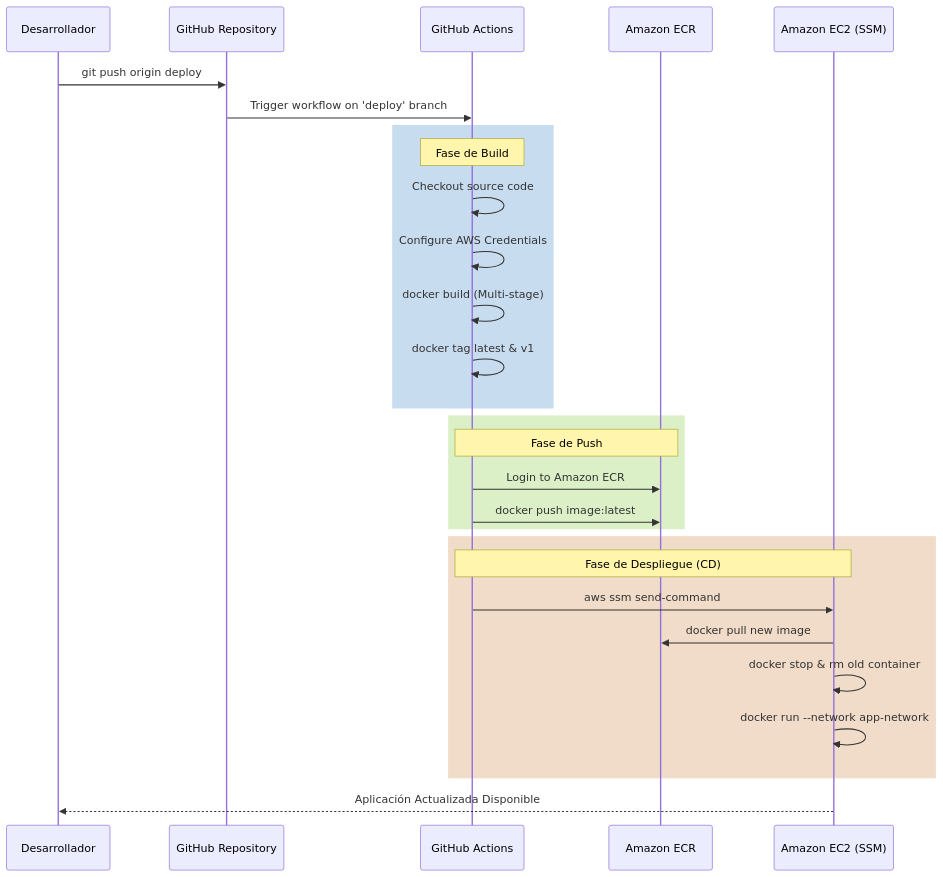
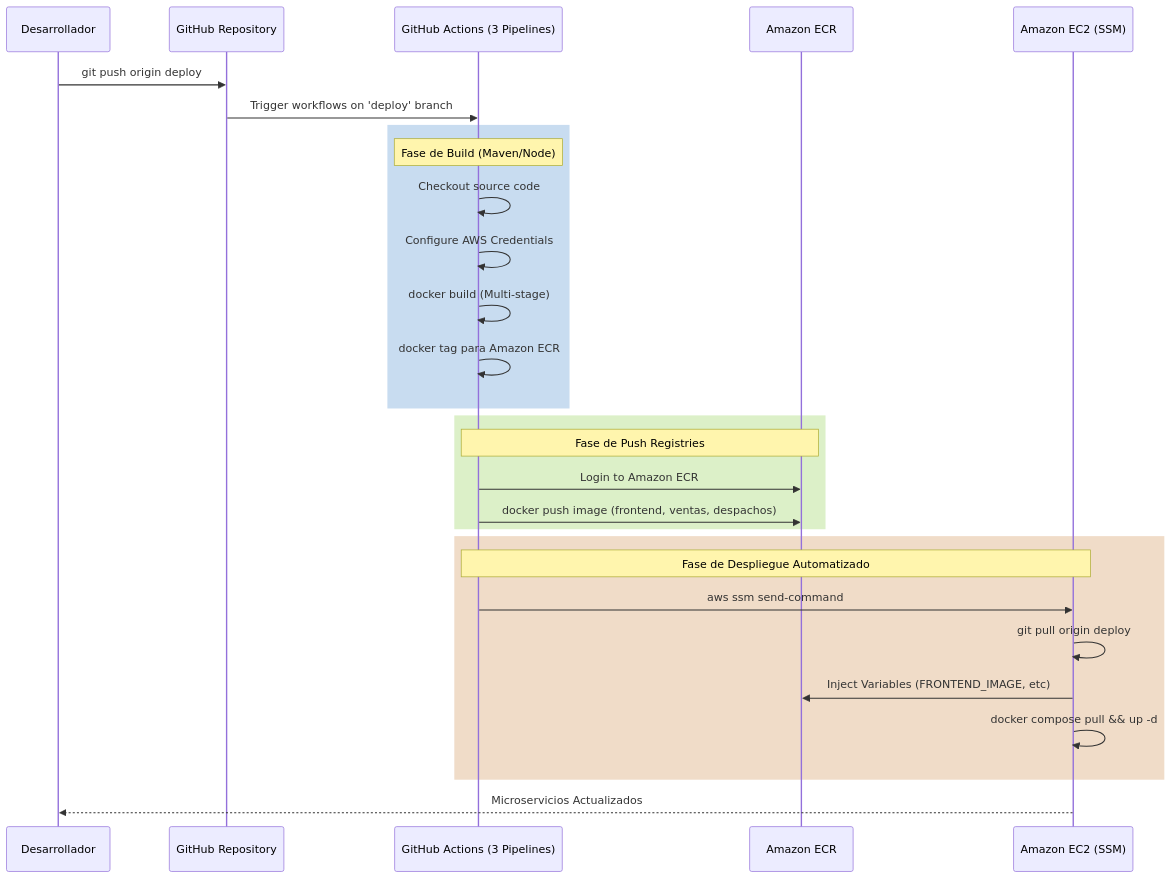
One commit to jeffplop/test_aws_grav changed the diagram in Entrega-Final-EP2/evidencias/diagramas/2-flujo-cicd.mmd. Above: the diagram before and after it, drawn with Mermaid. The commit also changed 9 other files, not shown here.

Commit message:
docs: actualizar diagramas mermaid y png a 4 microservicios java

```diff
--- a/Entrega-Final-EP2/evidencias/diagramas/2-flujo-cicd.mmd
+++ b/Entrega-Final-EP2/evidencias/diagramas/2-flujo-cicd.mmd
@@ -1,33 +1,33 @@
 sequenceDiagram
     participant Dev as Desarrollador
     participant GitHub as GitHub Repository
-    participant Actions as GitHub Actions
+    participant Actions as GitHub Actions (3 Pipelines)
     participant ECR as Amazon ECR
     participant EC2 as Amazon EC2 (SSM)
 
     Dev->>GitHub: git push origin deploy
-    GitHub->>Actions: Trigger workflow on 'deploy' branch
+    GitHub->>Actions: Trigger workflows on 'deploy' branch
     
     rect rgb(200, 220, 240)
-        Note over Actions: Fase de Build
+        Note over Actions: Fase de Build (Maven/Node)
         Actions->>Actions: Checkout source code
         Actions->>Actions: Configure AWS Credentials
         Actions->>Actions: docker build (Multi-stage)
-        Actions->>Actions: docker tag latest & v1
+        Actions->>Actions: docker tag para Amazon ECR
     end
     
     rect rgb(220, 240, 200)
-        Note over Actions,ECR: Fase de Push
+        Note over Actions,ECR: Fase de Push Registries
         Actions->>ECR: Login to Amazon ECR
-        Actions->>ECR: docker push image:latest
+        Actions->>ECR: docker push image (frontend, ventas, despachos)
     end
     
     rect rgb(240, 220, 200)
-        Note over Actions,EC2: Fase de Despliegue (CD)
+        Note over Actions,EC2: Fase de Despliegue Automatizado
         Actions->>EC2: aws ssm send-command
-        EC2->>ECR: docker pull new image
-        EC2->>EC2: docker stop & rm old container
-        EC2->>EC2: docker run --network app-network
+        EC2->>EC2: git pull origin deploy
+        EC2->>ECR: Inject Variables (FRONTEND_IMAGE, etc)
+        EC2->>EC2: docker compose pull && up -d
     end
     
-    EC2-->>Dev: Aplicación Actualizada Disponible
+    EC2-->>Dev: Microservicios Actualizados
```
